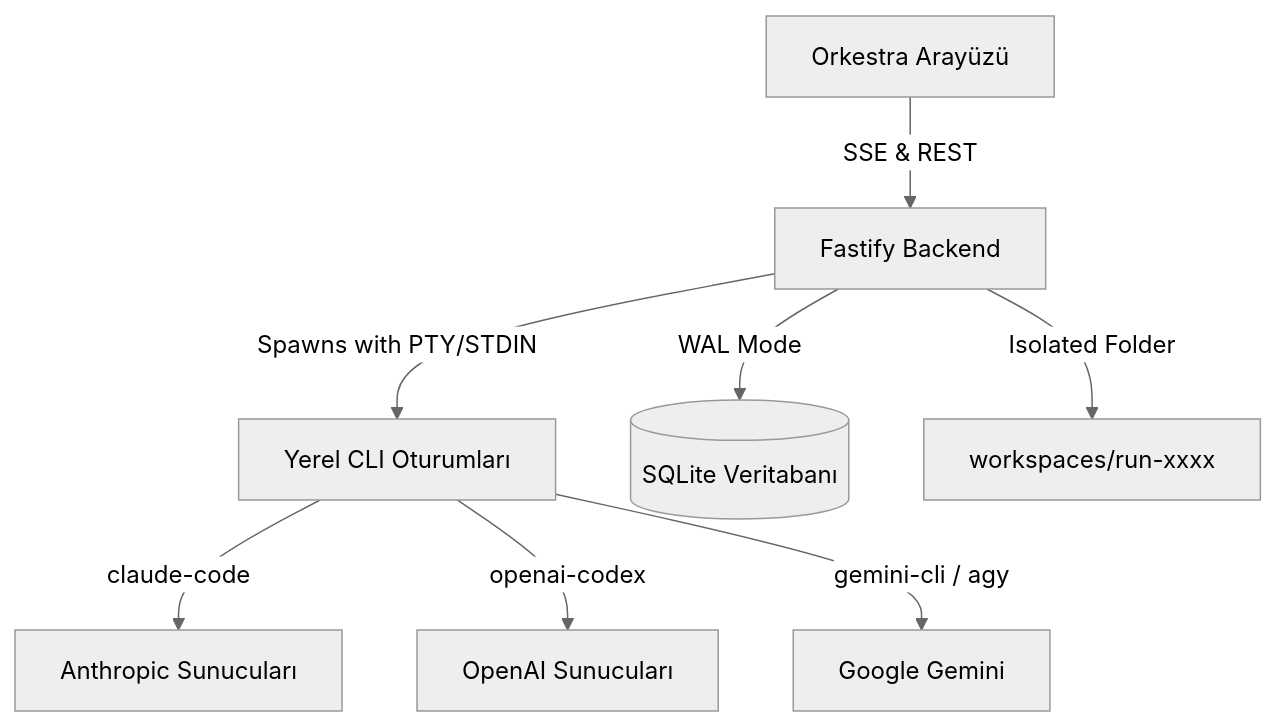
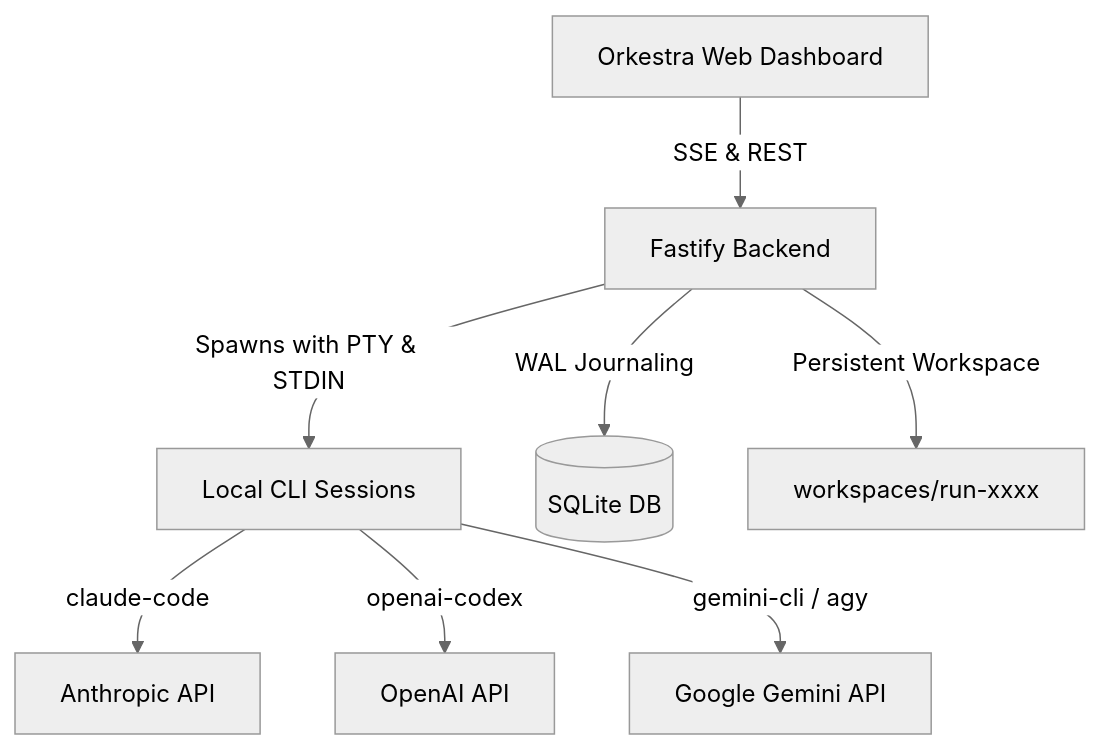
One commit to burakdemir16/Orkestra-CLI changed the diagram in README.md. Above: the diagram before and after it, drawn with Mermaid (neutral theme). The commit also changed other lines of this file, not shown here.

````diff
--- a/README.md
+++ b/README.md
@@ -62,10 +99,10 @@
 ```mermaid
 graph TD
-    UI[Orkestra Arayüzü] -->|SSE & REST| Backend[Fastify Backend]
-    Backend -->|Spawns with PTY/STDIN| CLI[Yerel CLI Oturumları]
-    CLI -->|claude-code| Anthropic[Anthropic Sunucuları]
-    CLI -->|openai-codex| OpenAI[OpenAI Sunucuları]
-    CLI -->|gemini-cli / agy| Google[Google Gemini]
-    Backend -->|WAL Mode| DB[(SQLite Veritabanı)]
-    Backend -->|Isolated Folder| WS[workspaces/run-xxxx]
+    UI[Orkestra Web Dashboard] -->|SSE & REST| Backend[Fastify Backend]
+    Backend -->|Spawns with PTY & STDIN| CLI[Local CLI Sessions]
+    CLI -->|claude-code| Anthropic[Anthropic API]
+    CLI -->|openai-codex| OpenAI[OpenAI API]
+    CLI -->|gemini-cli / agy| Google[Google Gemini API]
+    Backend -->|WAL Journaling| DB[(SQLite DB)]
+    Backend -->|Persistent Workspace| WS[workspaces/run-xxxx]
 ```
````
